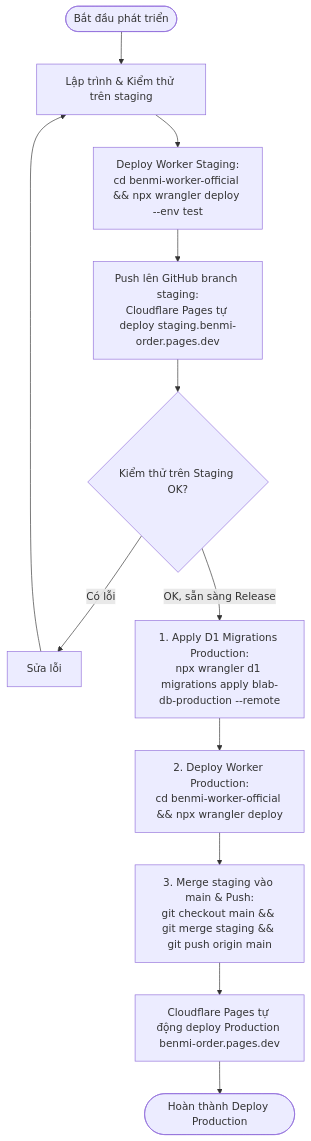
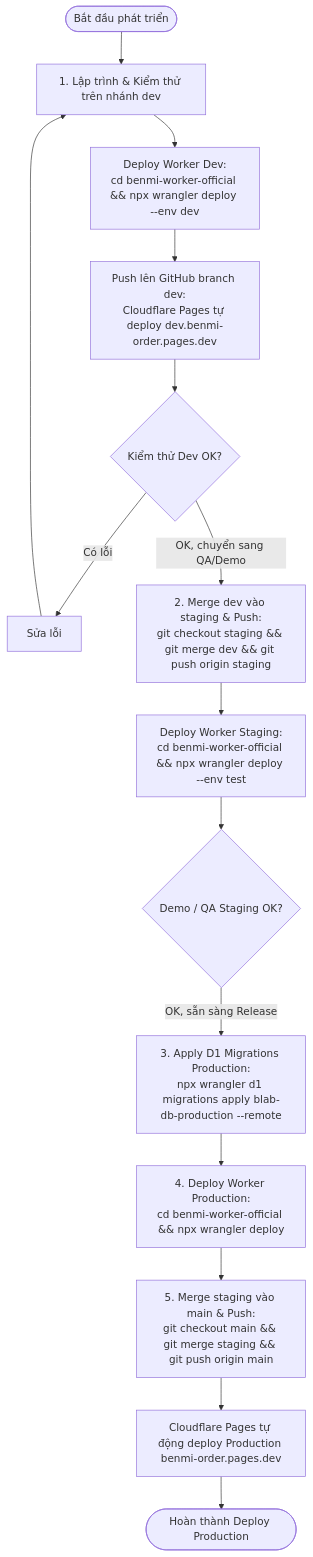
One commit to Thuanmai56/benmi-order changed the second of 2 diagrams in README.md. Above: the diagram before and after it, drawn with Mermaid. The commit also changed other lines of this file and 6 other files, not shown here.

Commit message:
feat(env): configure 3-tier architecture with dedicated DEV environment (worker, D1, LIFF, routing)

````diff
--- a/README.md
+++ b/README.md
@@ -71,16 +82,20 @@
 ```mermaid
 flowchart TD
-    Start([Bắt đầu phát triển]) --> CodeChange[Lập trình & Kiểm thử trên staging]
-    CodeChange --> DeployWorkerTest["Deploy Worker Staging:<br>cd benmi-worker-official && npx wrangler deploy --env test"]
-    DeployWorkerTest --> PushStaging["Push lên GitHub branch staging:<br>Cloudflare Pages tự deploy staging.benmi-order.pages.dev"]
-    PushStaging --> VerifyTest{Kiểm thử trên Staging OK?}
+    Start([Bắt đầu phát triển]) --> CodeDev[1. Lập trình & Kiểm thử trên nhánh dev]
+    CodeDev --> DeployDev["Deploy Worker Dev:<br>cd benmi-worker-official && npx wrangler deploy --env dev"]
+    DeployDev --> PushDev["Push lên GitHub branch dev:<br>Cloudflare Pages tự deploy dev.benmi-order.pages.dev"]
+    PushDev --> VerifyDev{Kiểm thử Dev OK?}
     
-    VerifyTest -- Có lỗi --> FixBug[Sửa lỗi]
-    FixBug --> CodeChange
+    VerifyDev -- Có lỗi --> FixDev[Sửa lỗi]
+    FixDev --> CodeDev
     
-    VerifyTest -- OK, sẵn sàng Release --> ApplyD1Prod["1. Apply D1 Migrations Production:<br>npx wrangler d1 migrations apply blab-db-production --remote"]
-    ApplyD1Prod --> DeployWorkerProd["2. Deploy Worker Production:<br>cd benmi-worker-official && npx wrangler deploy"]
-    DeployWorkerProd --> MergeMain["3. Merge staging vào main & Push:<br>git checkout main && git merge staging && git push origin main"]
+    VerifyDev -- OK, chuyển sang QA/Demo --> MergeStaging["2. Merge dev vào staging & Push:<br>git checkout staging && git merge dev && git push origin staging"]
+    MergeStaging --> DeployWorkerStaging["Deploy Worker Staging:<br>cd benmi-worker-official && npx wrangler deploy --env test"]
+    DeployWorkerStaging --> VerifyStaging{Demo / QA Staging OK?}
+    
+    VerifyStaging -- OK, sẵn sàng Release --> ApplyD1Prod["3. Apply D1 Migrations Production:<br>npx wrangler d1 migrations apply blab-db-production --remote"]
+    ApplyD1Prod --> DeployWorkerProd["4. Deploy Worker Production:<br>cd benmi-worker-official && npx wrangler deploy"]
+    DeployWorkerProd --> MergeMain["5. Merge staging vào main & Push:<br>git checkout main && git merge staging && git push origin main"]
     MergeMain --> PagesProd["Cloudflare Pages tự động deploy Production benmi-order.pages.dev"]
     PagesProd --> End([Hoàn thành Deploy Production])
 ```
````
